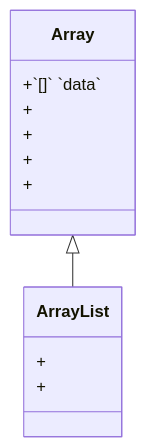
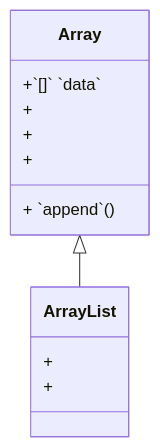
One commit to Ivango128/ArrayList changed the diagram in .swm/arraylist.qpoj4aub.sw.md. Above: the diagram before and after it, drawn with Mermaid. The commit also changed other lines of this file, not shown here.

Commit message:
docs(swimm): update doc: "Класс ArrayList"

````diff
--- a/.swm/arraylist.qpoj4aub.sw.md
+++ b/.swm/arraylist.qpoj4aub.sw.md
@@ -64,14 +64,14 @@
 ```mermaid
 classDiagram
 `Array` <|-- `ArrayList`
 `Array`: +`[]` `data`
-`Array`: +
+`Array`: + `append`()
 `Array`: +
 `Array`: +
 `Array`: +
 class `ArrayList`{
 +
 +
 }
 
 ```
````
